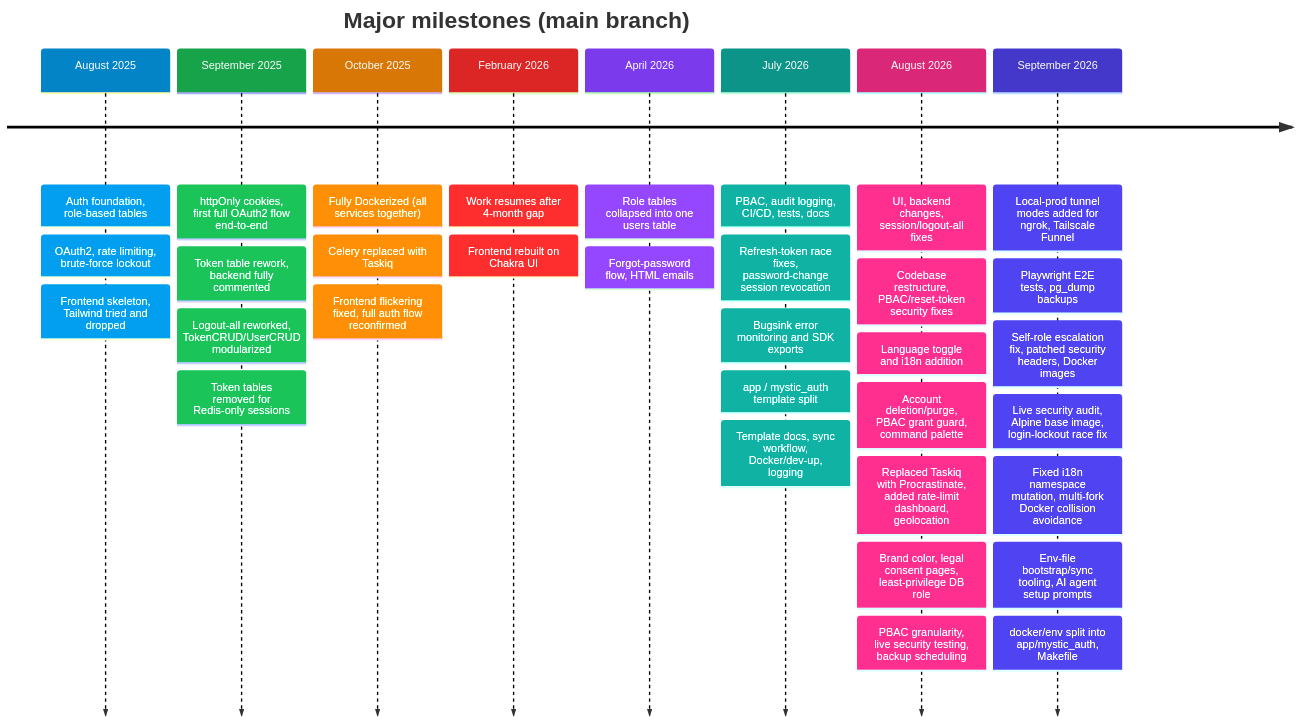
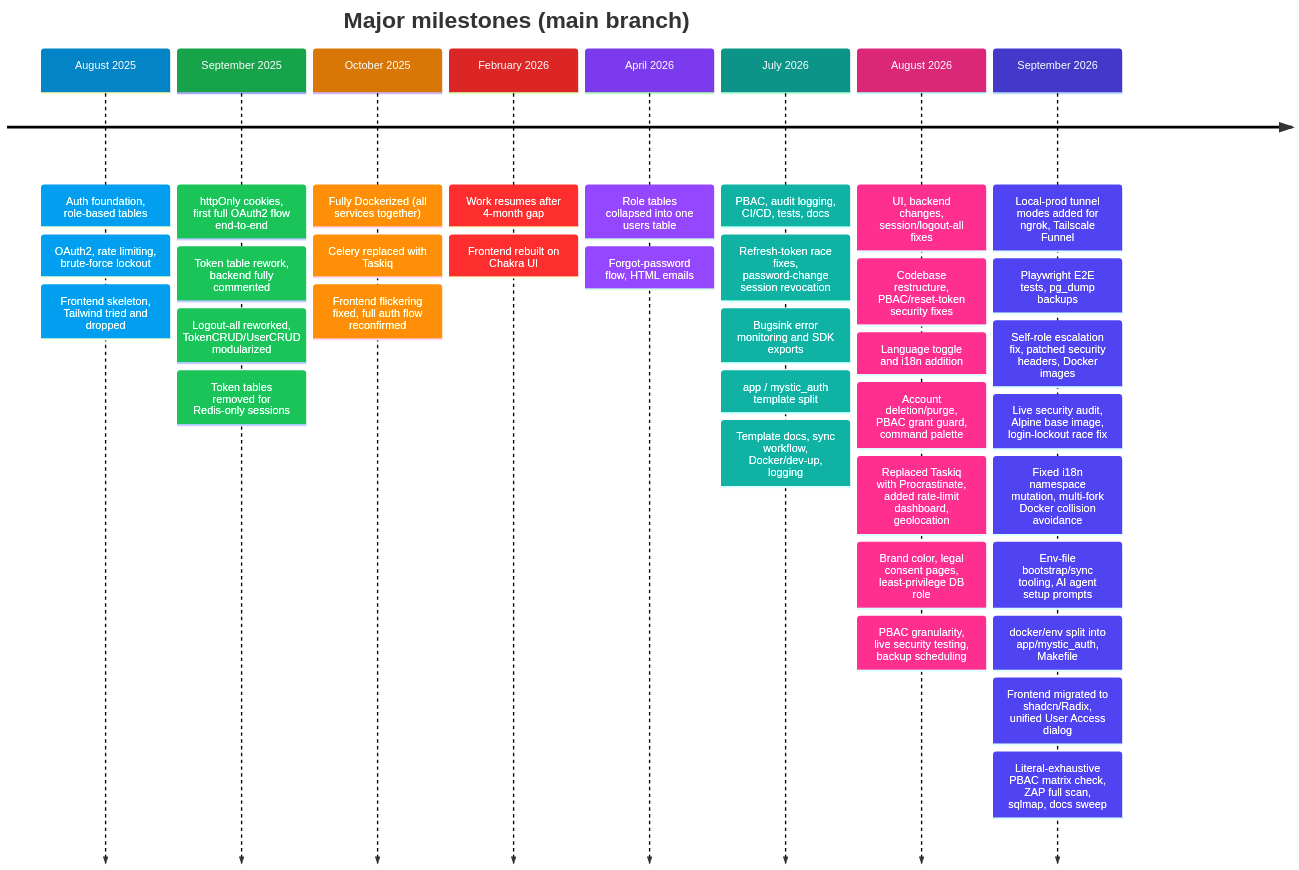
One commit to Nachiket-2024/mystic-auth changed the diagram in docs/mystic_auth/project-story/timeline/README.md. Above: the diagram before and after it, drawn with Mermaid. The commit also changed other lines of this file and 905 other files, not shown here.

First line of the commit message:
Replaced Chakra UI with shadcn/Radix, migrated Redis to Valkey, revamped UI/UX

````diff
--- a/docs/mystic_auth/project-story/timeline/README.md
+++ b/docs/mystic_auth/project-story/timeline/README.md
@@ -34,38 +34,40 @@
 ```mermaid
 %%{init: {"themeVariables":{"fontSize":"16px","lineColor":"#334155","cScale0":"#0284c7","cScale1":"#16a34a","cScale2":"#d97706","cScale3":"#dc2626","cScale4":"#7c3aed","cScale5":"#0d9488","cScale6":"#db2777","cScale7":"#4338ca","cScaleLabel0":"#ffffff","cScaleLabel1":"#ffffff","cScaleLabel2":"#ffffff","cScaleLabel3":"#ffffff","cScaleLabel4":"#ffffff","cScaleLabel5":"#ffffff","cScaleLabel6":"#ffffff","cScaleLabel7":"#ffffff"}} }%%
 timeline
     title Major milestones (main branch)
     August 2025: Auth foundation, role-based tables
                 : OAuth2, rate limiting, brute-force lockout
                 : Frontend skeleton, Tailwind tried and dropped
     September 2025: httpOnly cookies, first full OAuth2 flow end-to-end
                    : Token table rework, backend fully commented
                    : Logout-all reworked, TokenCRUD/UserCRUD modularized
                    : Token tables removed for Redis-only sessions
     October 2025: Fully Dockerized (all services together)
                  : Celery replaced with Taskiq
                  : Frontend flickering fixed, full auth flow reconfirmed
     February 2026: Work resumes after 4-month gap
                   : Frontend rebuilt on Chakra UI
     April 2026: Role tables collapsed into one users table
                : Forgot-password flow, HTML emails
     July 2026: PBAC, audit logging, CI/CD, tests, docs
               : Refresh-token race fixes, password-change session revocation
               : Bugsink error monitoring and SDK exports
               : app / mystic_auth template split
               : Template docs, sync workflow, Docker/dev-up, logging
     August 2026: UI, backend changes, session/logout-all fixes
                 : Codebase restructure, PBAC/reset-token security fixes
                 : Language toggle and i18n addition
                 : Account deletion/purge, PBAC grant guard, command palette
                 : Replaced Taskiq with Procrastinate, added rate-limit dashboard, geolocation
                 : Brand color, legal consent pages, least-privilege DB role
                 : PBAC granularity, live security testing, backup scheduling
     September 2026: Local-prod tunnel modes added for ngrok, Tailscale Funnel
                    : Playwright E2E tests, pg_dump backups
                    : Self-role escalation fix, patched security headers, Docker images
                    : Live security audit, Alpine base image, login-lockout race fix
                    : Fixed i18n namespace mutation, multi-fork Docker collision avoidance
                    : Env-file bootstrap/sync tooling, AI agent setup prompts
                    : docker/env split into app/mystic_auth, Makefile
+                   : Frontend migrated to shadcn/Radix, unified User Access dialog
+                   : Literal-exhaustive PBAC matrix check, ZAP full scan, sqlmap, docs sweep
 ```
````
